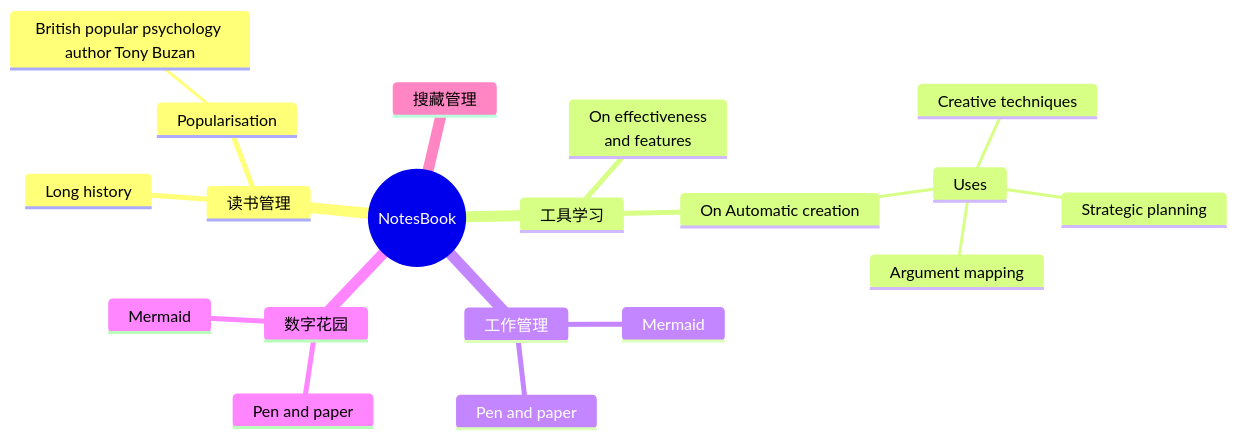
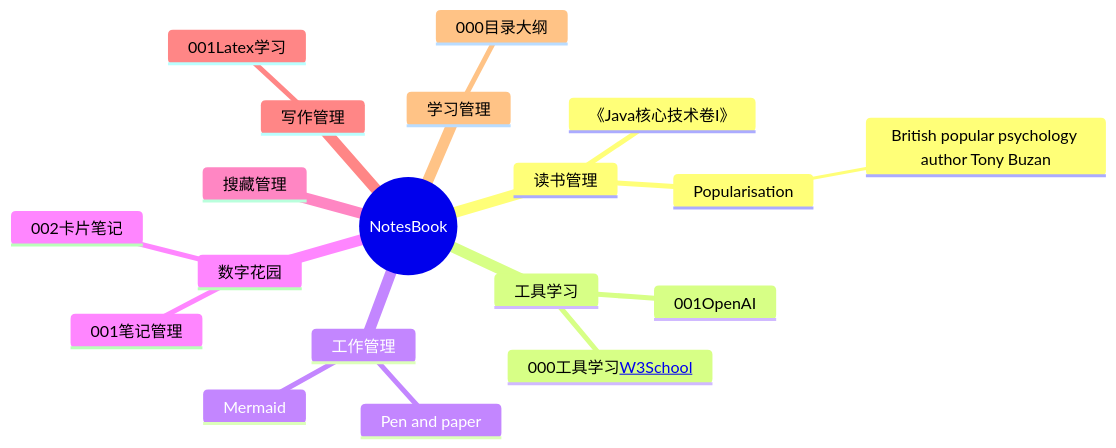
Before and after one commit to ilikui/NotesBook: the diagram in src/README.md, drawn with Mermaid.

Commit message:
update by likui

```diff
--- a/src/README.md
+++ b/src/README.md
@@ -15,24 +15,24 @@
     <div  class="mermaid">    
       mindmap
         root((NotesBook))
         ::icon(fa fa-book)
           读书管理
-            Long history
+            《Java核心技术卷I》
             ::icon(fa fa-book)
             Popularisation
               British popular psychology author Tony Buzan
           工具学习
-            On effectiveness<br/>and features
-            On Automatic creation
-              Uses
-                  Creative techniques
-                  Strategic planning
-                  Argument mapping
+            000工具学习<a href="http://www.w3school.com.cn">W3School</a>
+            001OpenAI
           工作管理
             Pen and paper
             Mermaid
           数字花园
-            Pen and paper
-            Mermaid
+            001笔记管理
+            002卡片笔记
           搜藏管理
+          写作管理
+            001Latex学习
+          学习管理
+            000目录大纲
     </div>
```
